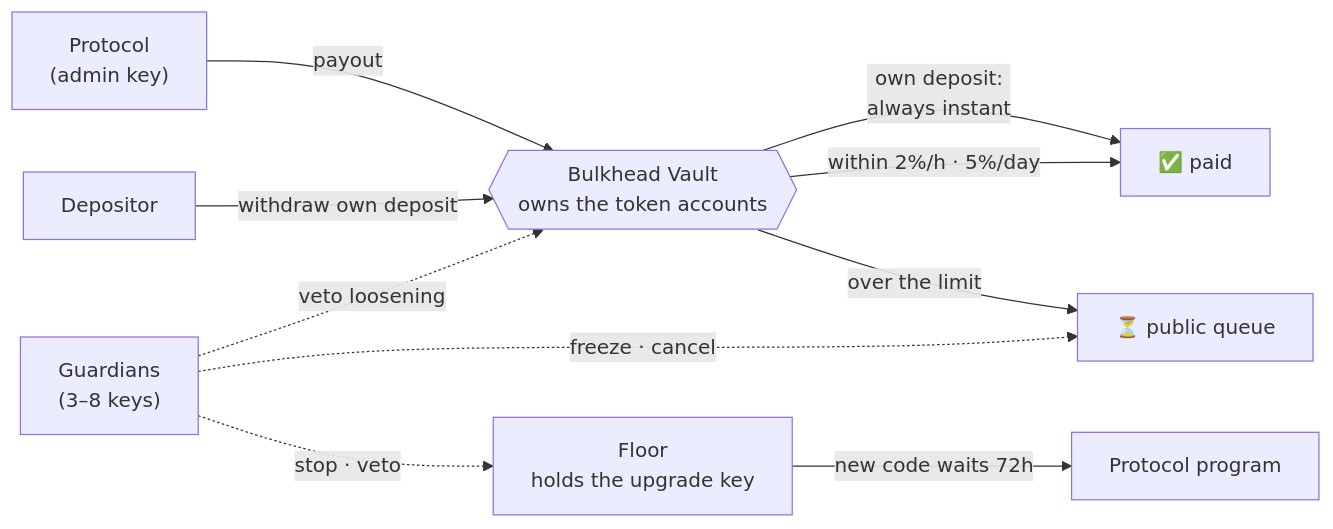
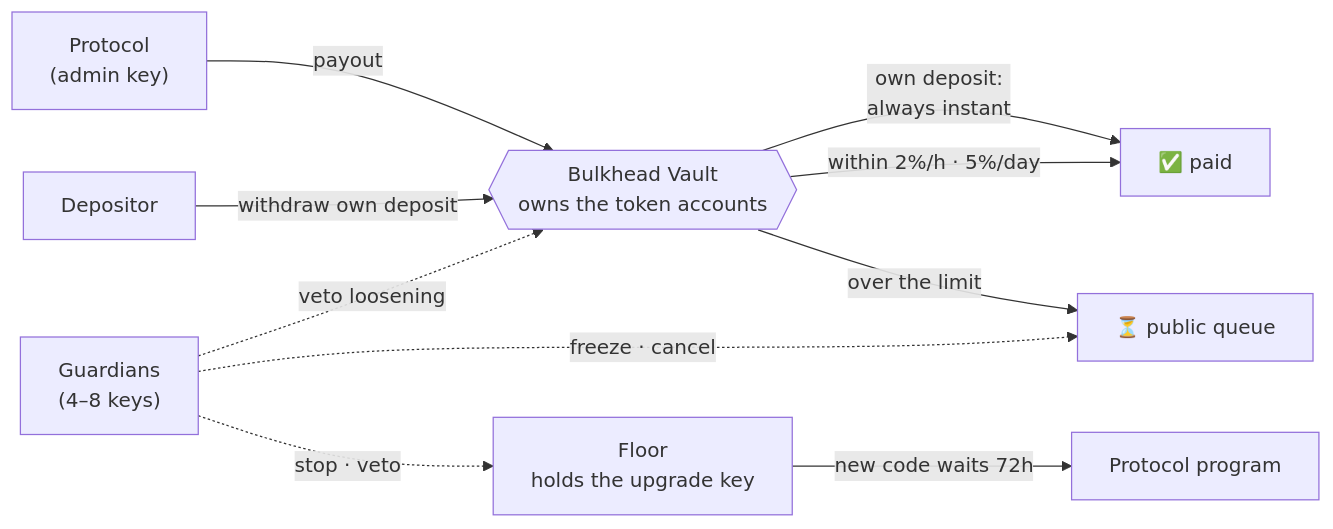
Before and after one commit to shuv-amp/bulkhead: the diagram in README.md, drawn with Mermaid. The commit also changed other lines of this file and 7 other files, not shown here.

````diff
--- a/README.md
+++ b/README.md
@@ -74,12 +74,12 @@
 ```mermaid
 flowchart LR
     P["Protocol<br/>(admin key)"] -->|payout| V{{"Bulkhead Vault<br/>owns the token accounts"}}
     U["Depositor"] -->|"withdraw own deposit"| V
     V -->|"own deposit:<br/>always instant"| OK["✅ paid"]
     V -->|"within 2%/h · 5%/day"| OK
     V -->|"over the limit"| Q["⏳ public queue"]
-    G["Guardians<br/>(3–8 keys)"] -.->|"freeze · cancel"| Q
+    G["Guardians<br/>(4–8 keys)"] -.->|"freeze · cancel"| Q
     G -.->|"veto loosening"| V
     F["Floor<br/>holds the upgrade key"] -->|"new code waits 72h"| PR["Protocol program"]
     G -.->|"stop · veto"| F
 ```
````
